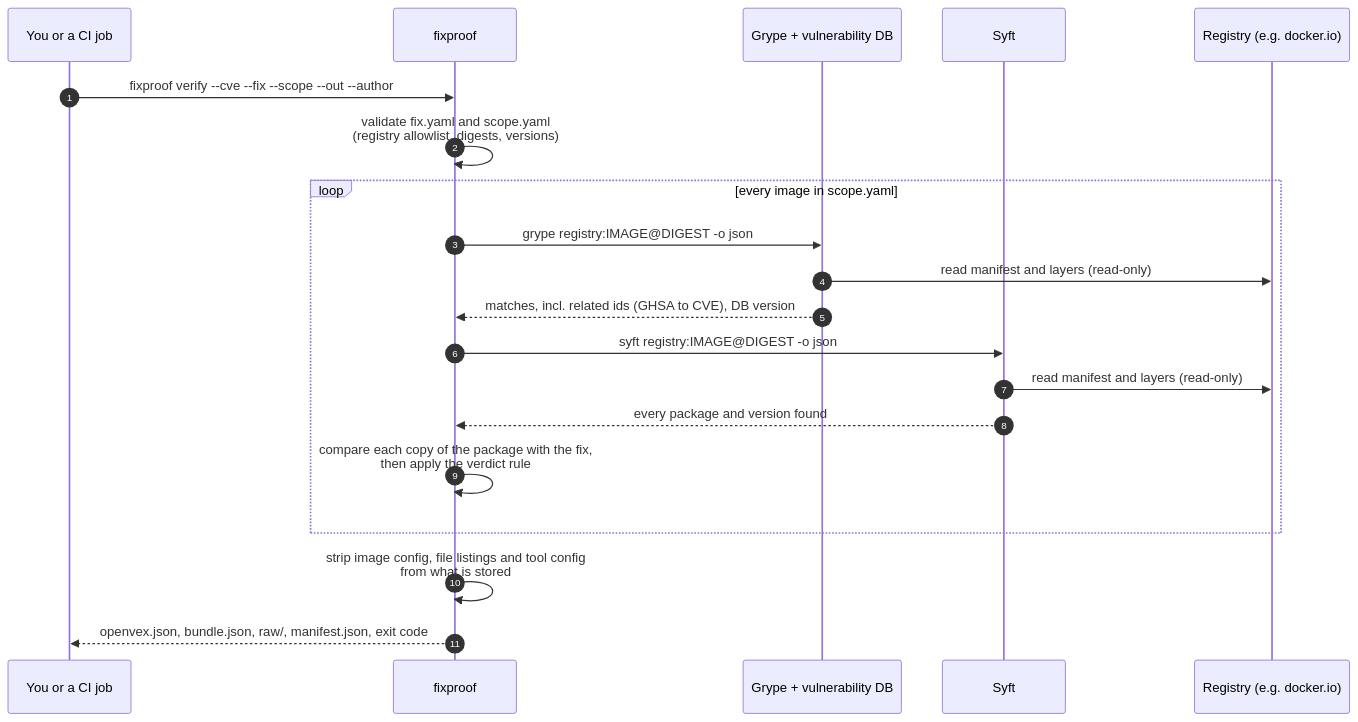
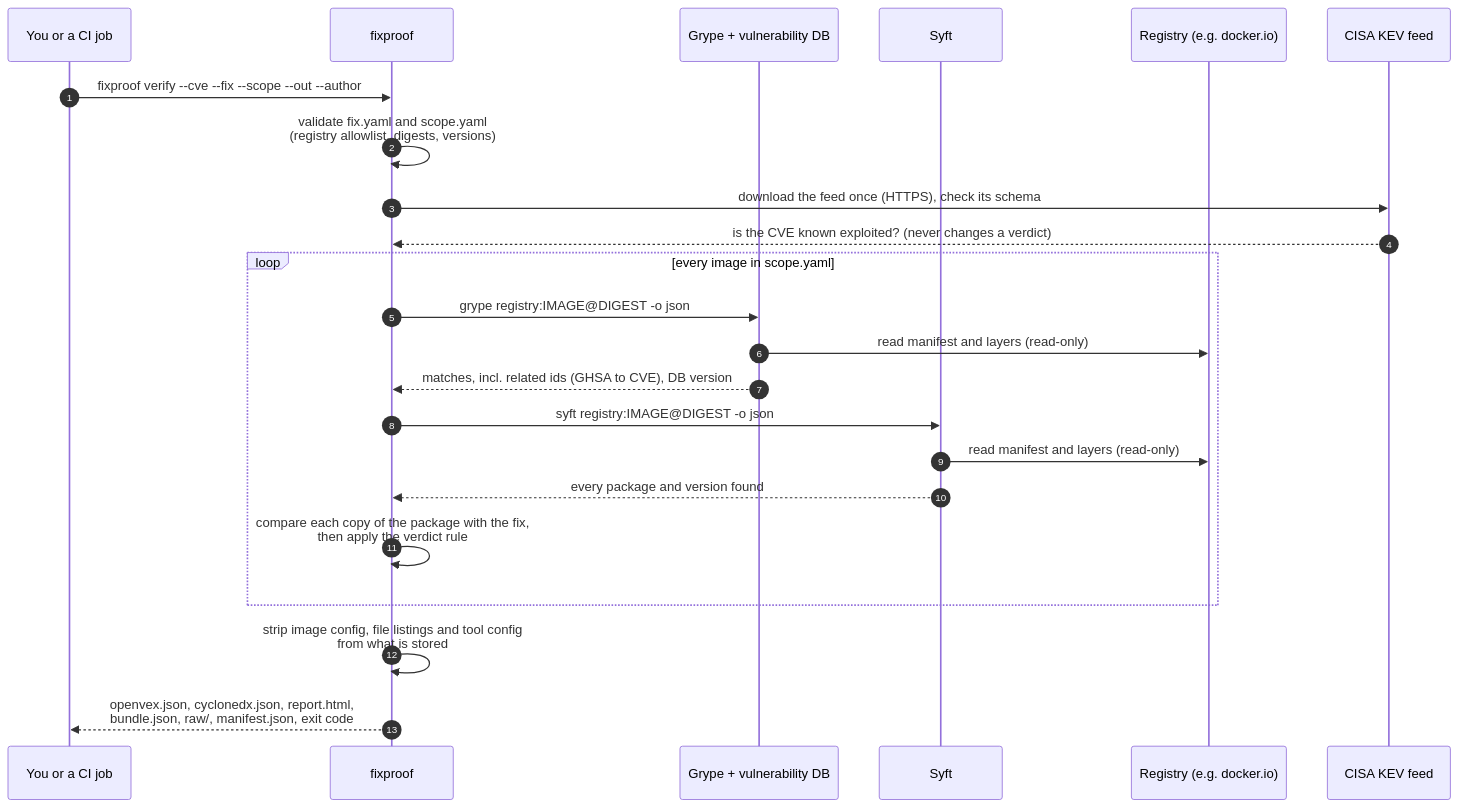
Before and after one commit to Govardhan527/fixproof: the second of 4 diagrams in README.md, drawn with Mermaid. The commit also changed other lines of this file and 4 other files, not shown here.

````diff
--- a/README.md
+++ b/README.md
@@ -96,23 +97,26 @@
 ```mermaid
 sequenceDiagram
     autonumber
     participant You as You or a CI job
     participant FP as fixproof
     participant Grype as Grype + vulnerability DB
     participant Syft as Syft
     participant Reg as Registry (e.g. docker.io)
+    participant KEV as CISA KEV feed
 
     You->>FP: fixproof verify --cve --fix --scope --out --author
     FP->>FP: validate fix.yaml and scope.yaml<br/>(registry allowlist, digests, versions)
+    FP->>KEV: download the feed once (HTTPS), check its schema
+    KEV-->>FP: is the CVE known exploited? (never changes a verdict)
     loop every image in scope.yaml
         FP->>Grype: grype registry:IMAGE@DIGEST -o json
         Grype->>Reg: read manifest and layers (read-only)
         Grype-->>FP: matches, incl. related ids (GHSA to CVE), DB version
         FP->>Syft: syft registry:IMAGE@DIGEST -o json
         Syft->>Reg: read manifest and layers (read-only)
         Syft-->>FP: every package and version found
         FP->>FP: compare each copy of the package with the fix,<br/>then apply the verdict rule
     end
     FP->>FP: strip image config, file listings and tool config<br/>from what is stored
-    FP-->>You: openvex.json, bundle.json, raw/, manifest.json, exit code
+    FP-->>You: openvex.json, cyclonedx.json, report.html,<br/>bundle.json, raw/, manifest.json, exit code
 ```
````
